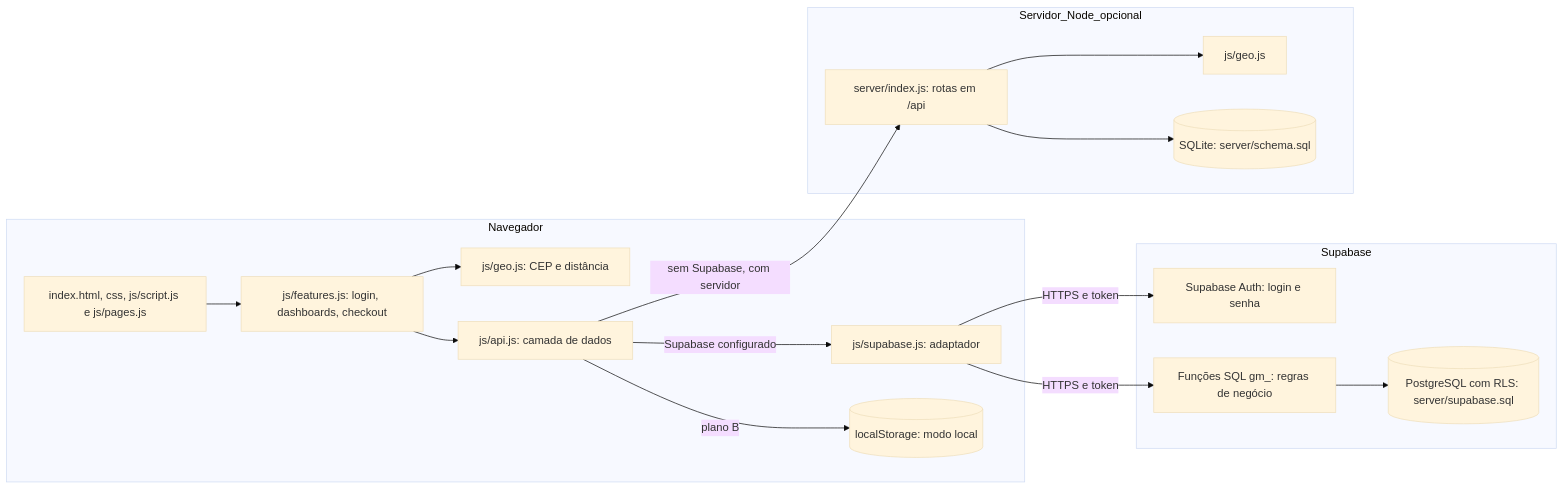
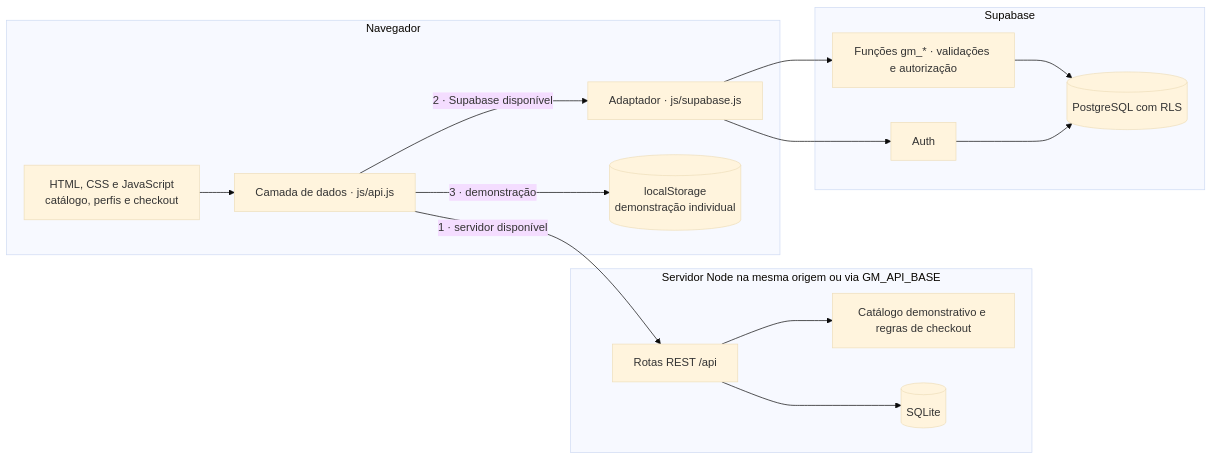
One commit to pedrolimaca/GastroMatch changed the diagram in docs/diagramas/arquitetura.mmd. Above: the diagram before and after it, drawn with Mermaid (base theme). The commit also changed 70 other files, not shown here.

```diff
--- a/docs/diagramas/arquitetura.mmd
+++ b/docs/diagramas/arquitetura.mmd
@@ -1,28 +1,27 @@
 flowchart LR
-  subgraph Navegador
-    UI["index.html, css, js/script.js e js/pages.js"]
-    FE["js/features.js: login, dashboards, checkout"]
-    GEO1["js/geo.js: CEP e distância"]
-    API1["js/api.js: camada de dados"]
-    SBJS["js/supabase.js: adaptador"]
-    LS[("localStorage: modo local")]
+  subgraph Navegador["Navegador"]
+    UI["HTML, CSS e JavaScript<br/>catálogo, perfis e checkout"]
+    API["Camada de dados · js/api.js"]
+    SB["Adaptador · js/supabase.js"]
+    L[("localStorage<br/>demonstração individual")]
+    UI --> API
   end
-  subgraph Supabase
-    AUTH["Supabase Auth: login e senha"]
-    RPC["Funções SQL gm_: regras de negócio"]
-    PG[("PostgreSQL com RLS: server/supabase.sql")]
+  subgraph Node["Servidor Node na mesma origem ou via GM_API_BASE"]
+    REST["Rotas REST /api"]
+    R["Catálogo demonstrativo e regras de checkout"]
+    S[("SQLite")]
+    REST --> R
+    REST --> S
   end
-  subgraph Servidor_Node_opcional
-    SRV["server/index.js: rotas em /api"]
-    GEO2["js/geo.js"]
-    DB[("SQLite: server/schema.sql")]
+  subgraph Supabase["Supabase"]
+    AUTH["Auth"]
+    RPC["Funções gm_* · validações e autorização"]
+    PG[("PostgreSQL com RLS")]
+    RPC --> PG
+    AUTH --> PG
   end
-  UI --> FE --> API1
-  FE --> GEO1
-  API1 -- "Supabase configurado" --> SBJS
-  SBJS -- "HTTPS e token" --> AUTH
-  SBJS -- "HTTPS e token" --> RPC --> PG
-  API1 -- "sem Supabase, com servidor" --> SRV
-  SRV --> DB
-  SRV --> GEO2
-  API1 -- "plano B" --> LS
+  API -->|"1 · servidor disponível"| REST
+  API -->|"2 · Supabase disponível"| SB
+  SB --> AUTH
+  SB --> RPC
+  API -->|"3 · demonstração"| L
```
